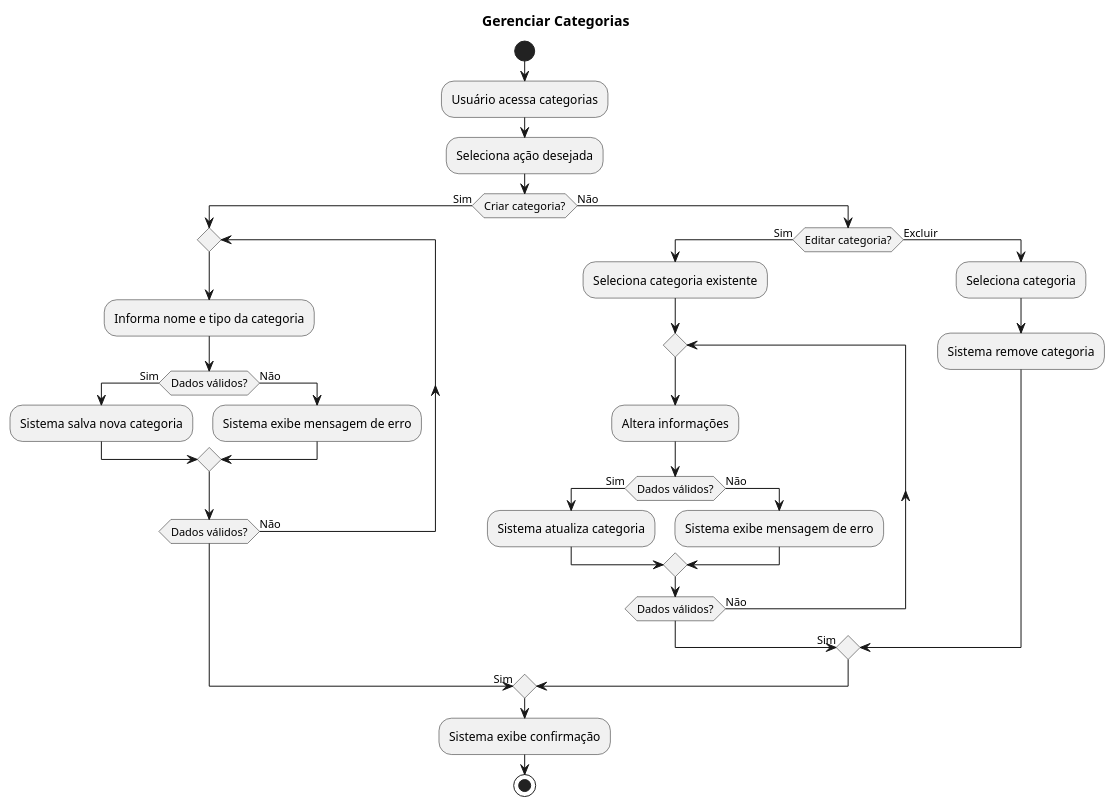
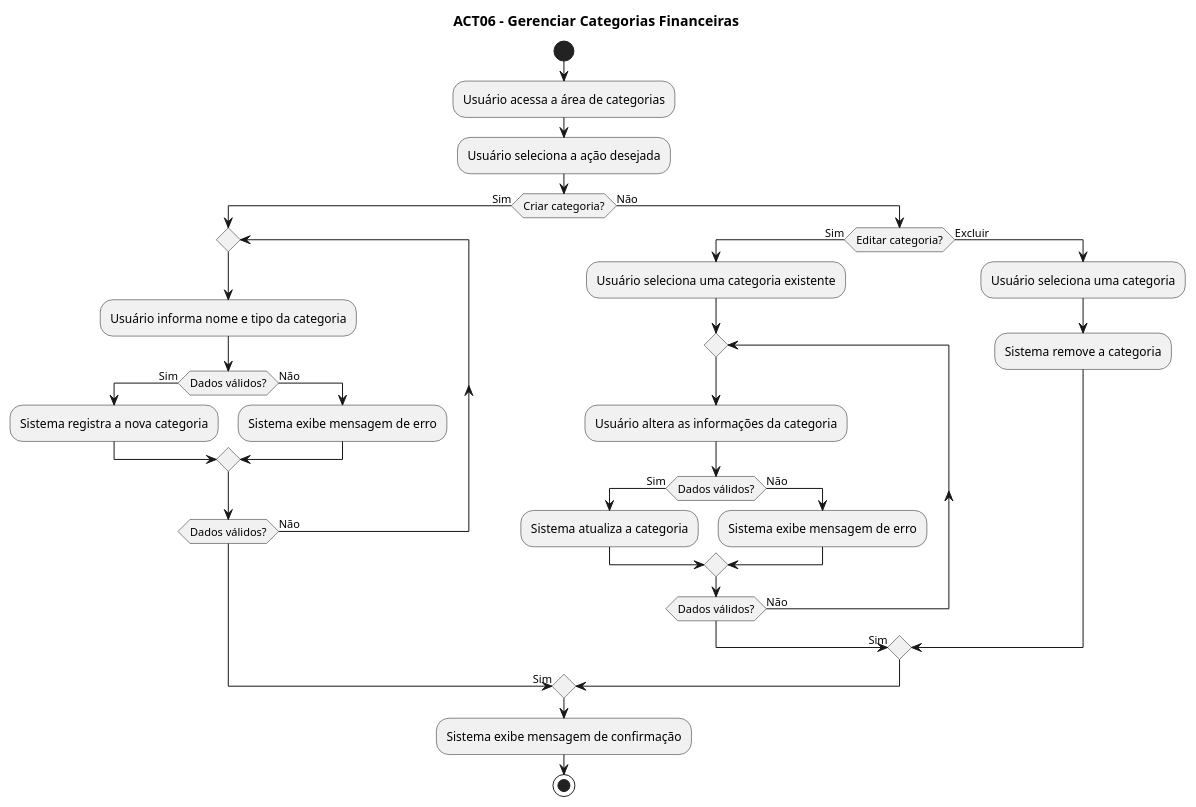
Before and after one commit to Nathan-Edu/Financa-Facil: the diagram in docs/modelagem/atividades/gerenciar-categorias.puml, drawn with PlantUML.

Commit message:
Update UML diagram for category management process

```diff
--- a/docs/modelagem/atividades/gerenciar-categorias.puml
+++ b/docs/modelagem/atividades/gerenciar-categorias.puml
@@ -1,48 +1,55 @@
 @startuml
-title Gerenciar Categorias
+
+title ACT06 - Gerenciar Categorias Financeiras
 
 start
 
-:Usuário acessa categorias;
-:Seleciona ação desejada;
+:Usuário acessa a área de categorias;
+:Usuário seleciona a ação desejada;
 
 if (Criar categoria?) then (Sim)
 
   repeat
-    :Informa nome e tipo da categoria;
+    :Usuário informa nome e tipo da categoria;
 
     if (Dados válidos?) then (Sim)
-      :Sistema salva nova categoria;
+      :Sistema registra a nova categoria;
     else (Não)
       :Sistema exibe mensagem de erro;
     endif
 
   repeat while (Dados válidos?) is (Não)
   -> Sim;
 
 else (Não)
+
   if (Editar categoria?) then (Sim)
-    :Seleciona categoria existente;
+
+    :Usuário seleciona uma categoria existente;
 
     repeat
-      :Altera informações;
+      :Usuário altera as informações da categoria;
 
       if (Dados válidos?) then (Sim)
-        :Sistema atualiza categoria;
+        :Sistema atualiza a categoria;
       else (Não)
         :Sistema exibe mensagem de erro;
       endif
 
     repeat while (Dados válidos?) is (Não)
     -> Sim;
 
   else (Excluir)
-    :Seleciona categoria;
-    :Sistema remove categoria;
+
+    :Usuário seleciona uma categoria;
+    :Sistema remove a categoria;
+
   endif
+
 endif
 
-:Sistema exibe confirmação;
+:Sistema exibe mensagem de confirmação;
 
 stop
+
 @enduml
```
